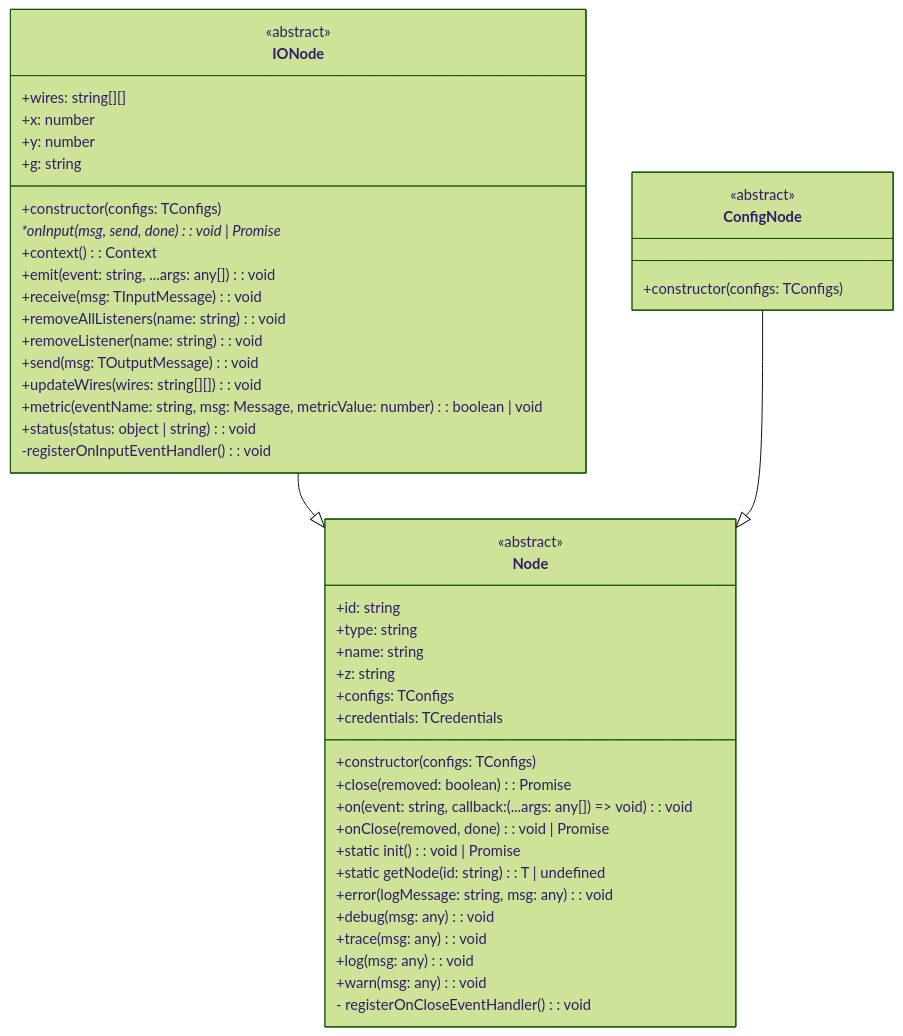
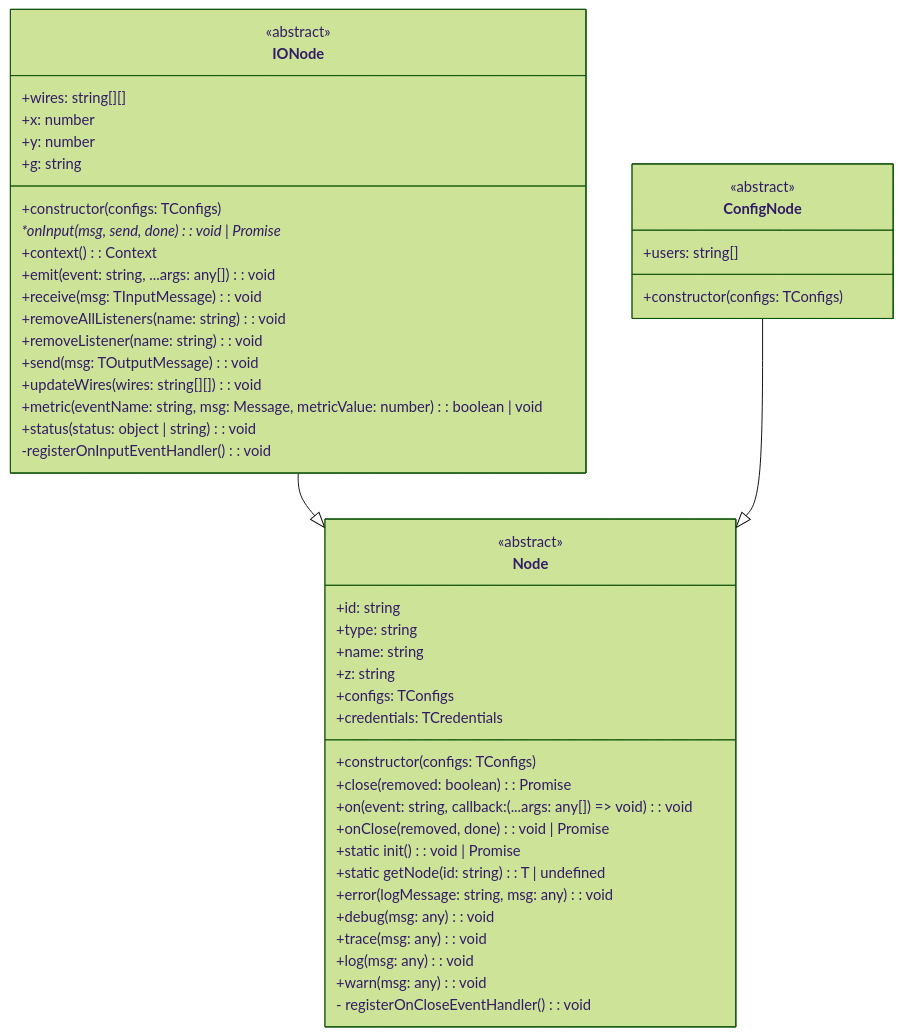
One commit to AllanOricil/node-red-vue-template changed the diagram in README.md. Above: the diagram before and after it, drawn with Mermaid (forest theme). The commit also changed 3 other files, not shown here.

````diff
--- a/README.md
+++ b/README.md
@@ -95,52 +95,53 @@
 ```mermaid
 classDiagram
 class Node {
   <<abstract>>
   +id: string
   +type: string
   +name: string
   +z: string
   +configs: TConfigs
   +credentials: TCredentials
   +constructor(configs: TConfigs)
   +close(removed: boolean): Promise<void>
   +on(event: string, callback: (...args: any[]) => void): void
   +onClose(removed, done): void | Promise<void>
   +static init(): void | Promise<void>
   +static getNode<T>(id: string): T | undefined
   +error(logMessage: string, msg: any): void
   +debug(msg: any): void
   +trace(msg: any): void
   +log(msg: any): void
   +warn(msg: any): void
   - registerOnCloseEventHandler(): void
 }
 
 class IONode {
   <<abstract>>
   +wires: string[][]
   +x: number
   +y: number
   +g: string
   +constructor(configs: TConfigs)
   *onInput(msg, send, done): void | Promise<void>*
   +context(): Context
   +emit(event: string, ...args: any[]): void
   +receive(msg: TInputMessage): void
   +removeAllListeners(name: string): void
   +removeListener(name: string): void
   +send(msg: TOutputMessage): void
   +updateWires(wires: string[][]): void
   +metric(eventName: string, msg: Message, metricValue: number): boolean | void
   +status(status: object | string): void
   -registerOnInputEventHandler() : void
 }
 
 class ConfigNode {
   <<abstract>>
+  +users: string[]
   +constructor(configs: TConfigs)
 }
 
 IONode --|> Node
 ConfigNode --|> Node
 ```
````
